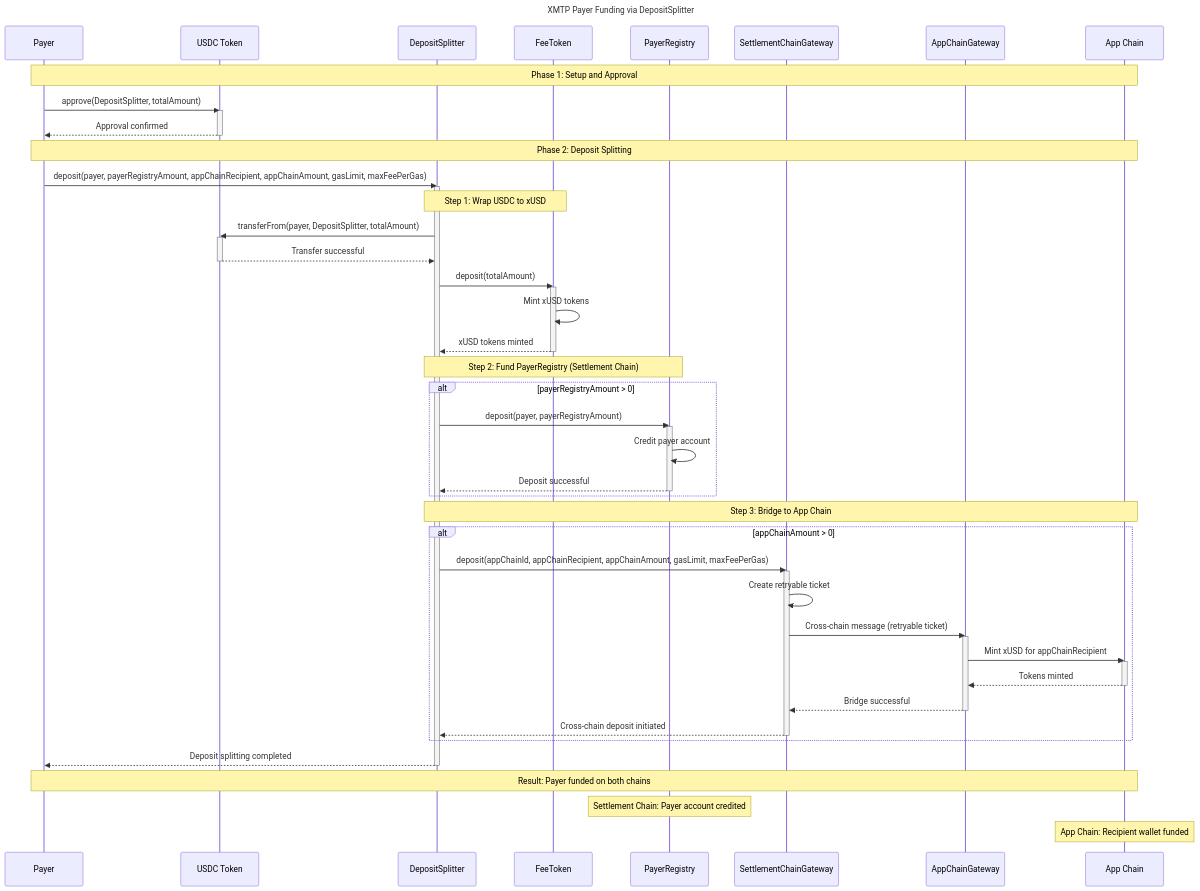
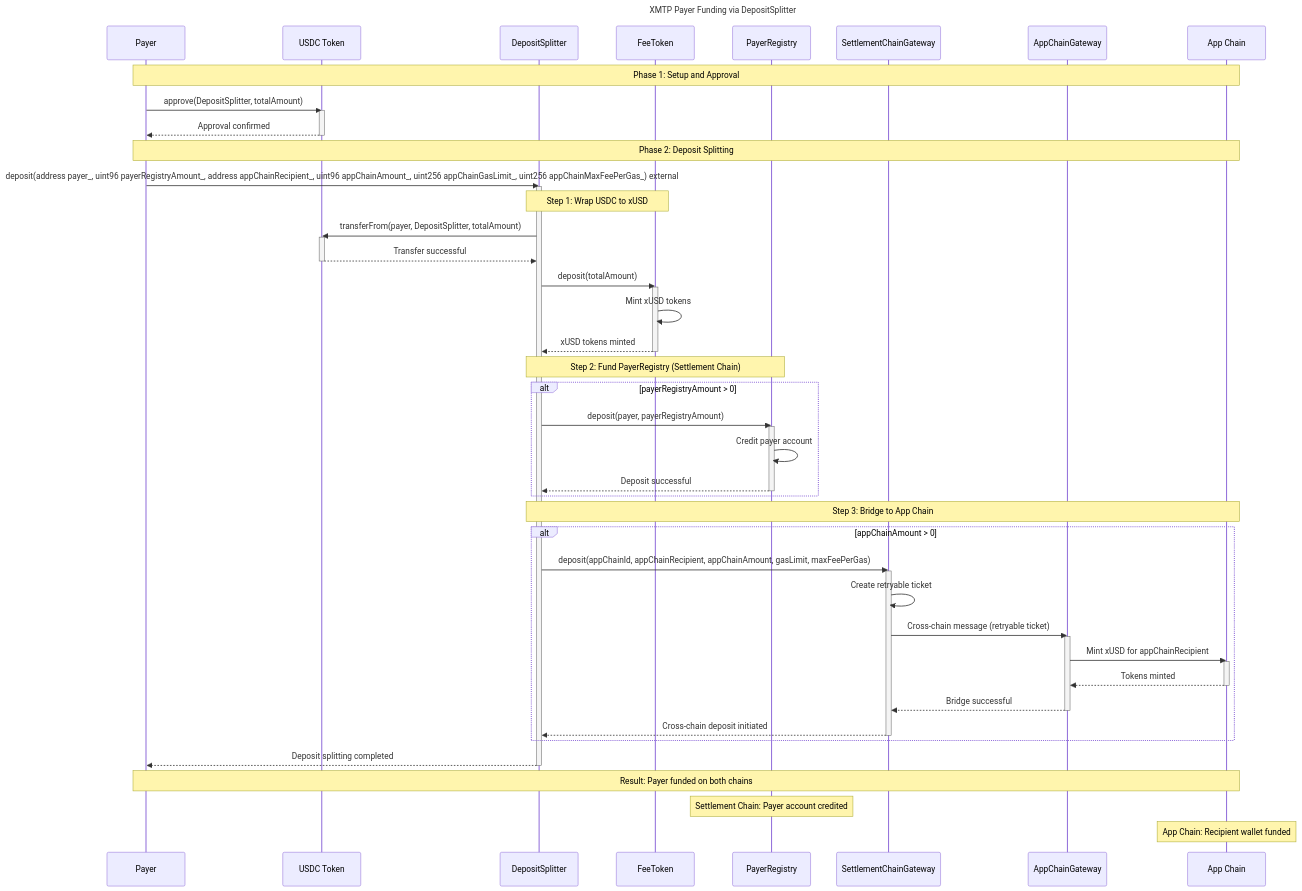
The diagram in doc/payers.md (xmtp/smart-contracts), drawn with Mermaid before and after one commit. The commit also changed 5 other files, not shown here.

````diff
--- a/doc/payers.md
+++ b/doc/payers.md
@@ -38,68 +38,68 @@
 ```mermaid
 sequenceDiagram
     title XMTP Payer Funding via DepositSplitter
 
     participant Payer as Payer
     participant USDC as USDC Token
     participant DS as DepositSplitter
     participant FT as FeeToken
     participant PR as PayerRegistry
     participant SCG as SettlementChainGateway
     participant ACG as AppChainGateway
     participant AC as App Chain
 
     Note over Payer, AC: Phase 1: Setup and Approval
     Payer->>USDC: approve(DepositSplitter, totalAmount)
     activate USDC
     USDC-->>Payer: Approval confirmed
     deactivate USDC
 
     Note over Payer, AC: Phase 2: Deposit Splitting
-    Payer->>DS: deposit(payer, payerRegistryAmount, appChainRecipient, appChainAmount, gasLimit, maxFeePerGas)
+    Payer->>DS: deposit(address payer_, uint96 payerRegistryAmount_, address appChainRecipient_, uint96 appChainAmount_, uint256 appChainGasLimit_, uint256 appChainMaxFeePerGas_) external
     activate DS
 
     Note over DS, FT: Step 1: Wrap USDC to xUSD
     DS->>USDC: transferFrom(payer, DepositSplitter, totalAmount)
     activate USDC
     USDC-->>DS: Transfer successful
     deactivate USDC
 
     DS->>FT: deposit(totalAmount)
     activate FT
     FT->>FT: Mint xUSD tokens
     FT-->>DS: xUSD tokens minted
     deactivate FT
 
     Note over DS, PR: Step 2: Fund PayerRegistry (Settlement Chain)
     alt payerRegistryAmount > 0
         DS->>PR: deposit(payer, payerRegistryAmount)
         activate PR
         PR->>PR: Credit payer account
         PR-->>DS: Deposit successful
         deactivate PR
     end
 
     Note over DS, AC: Step 3: Bridge to App Chain
     alt appChainAmount > 0
         DS->>SCG: deposit(appChainId, appChainRecipient, appChainAmount, gasLimit, maxFeePerGas)
         activate SCG
         SCG->>SCG: Create retryable ticket
         SCG->>ACG: Cross-chain message (retryable ticket)
         activate ACG
         ACG->>AC: Mint xUSD for appChainRecipient
         activate AC
         AC-->>ACG: Tokens minted
         deactivate AC
         ACG-->>SCG: Bridge successful
         deactivate ACG
         SCG-->>DS: Cross-chain deposit initiated
         deactivate SCG
     end
 
     DS-->>Payer: Deposit splitting completed
     deactivate DS
 
     Note over Payer, AC: Result: Payer funded on both chains
     Note over PR: Settlement Chain: Payer account credited
     Note over AC: App Chain: Recipient wallet funded
 ```
````
